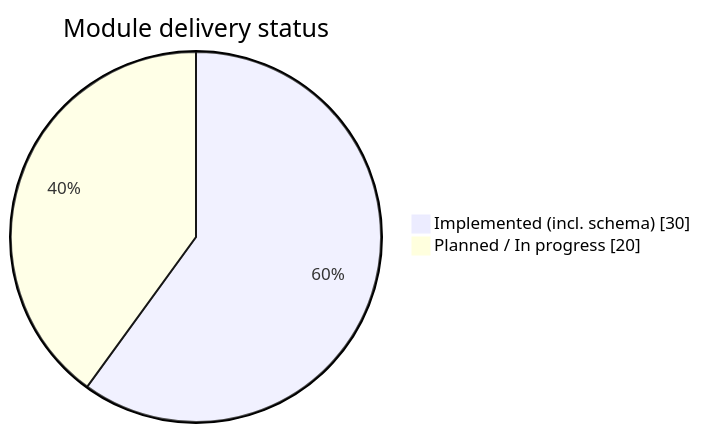
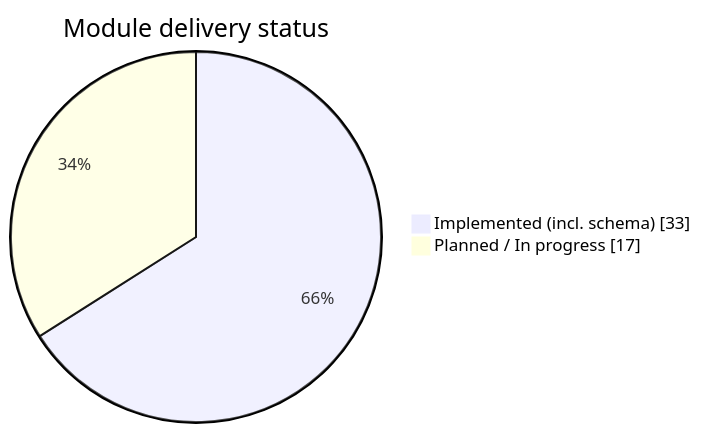
The first of 2 diagrams in docs/6_Module-Status-and-Roadmap.md (RITH-1437/educore), drawn with Mermaid before and after one commit. The commit also changed other lines of this file and 86 other files, not shown here.

````diff
--- a/docs/6_Module-Status-and-Roadmap.md
+++ b/docs/6_Module-Status-and-Roadmap.md
@@ -47,6 +47,6 @@
 ```mermaid
 pie showData
   title Module delivery status
-  "Implemented (incl. schema)" : 30
-  "Planned / In progress" : 20
+  "Implemented (incl. schema)" : 33
+  "Planned / In progress" : 17
 ```
````
